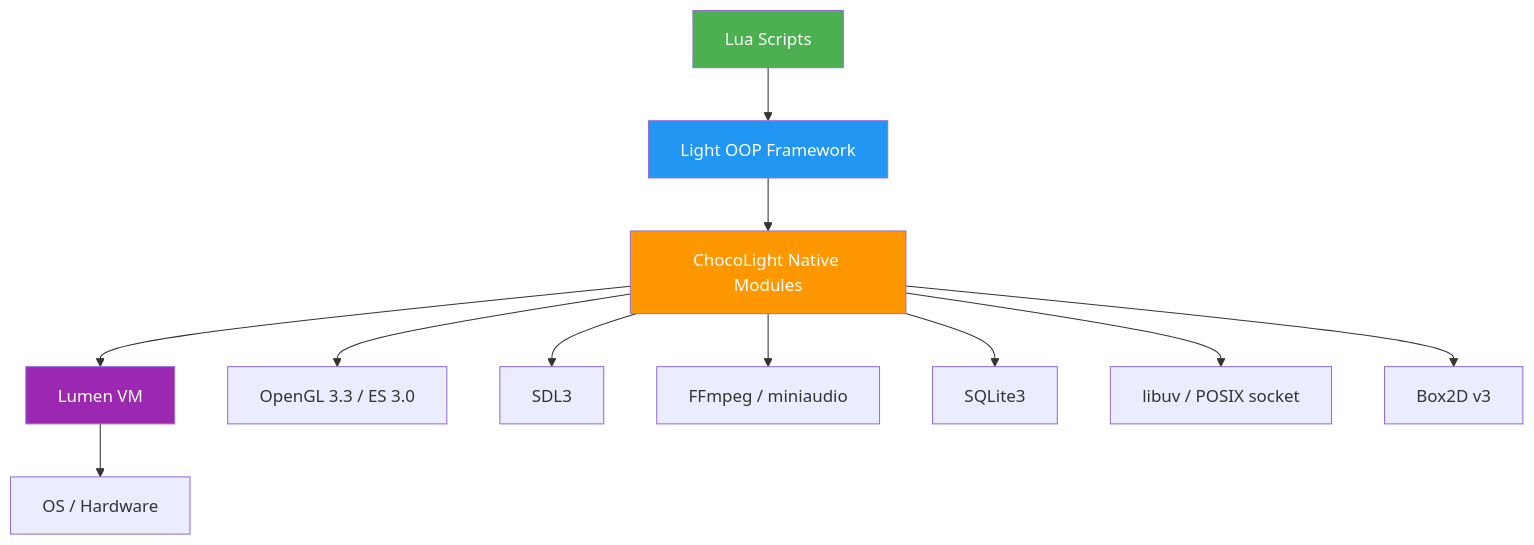
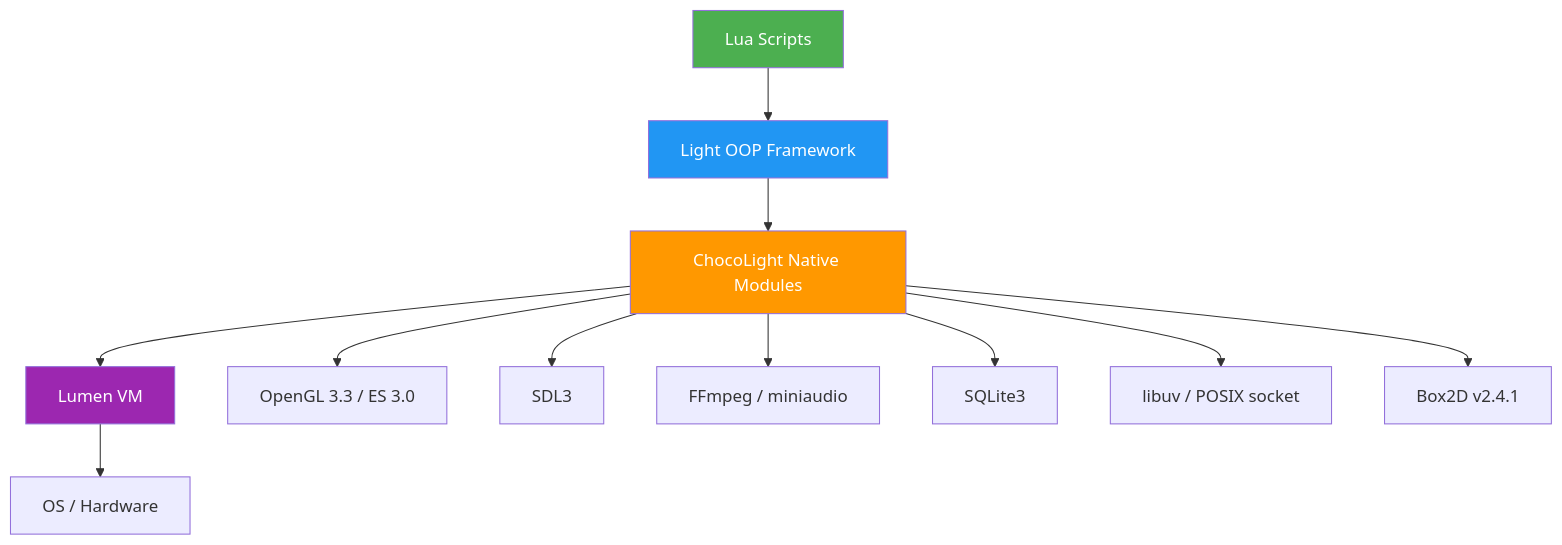
One commit to futzhj/ChocoLightEngine changed the first of 2 diagrams in ENGINE_EVALUATION.md. Above: the diagram before and after it, drawn with Mermaid. The commit also changed other lines of this file and 10 other files, not shown here.

````diff
--- a/ENGINE_EVALUATION.md
+++ b/ENGINE_EVALUATION.md
@@ -23,19 +23,19 @@
 ```mermaid
 graph TD
     A[Lua Scripts] --> B[Light OOP Framework]
     B --> C[ChocoLight Native Modules]
     C --> D[Lumen VM]
     D --> E[OS / Hardware]
     
     C --> F[OpenGL 3.3 / ES 3.0]
     C --> G[SDL3]
     C --> H[FFmpeg / miniaudio]
     C --> I[SQLite3]
     C --> J[libuv / POSIX socket]
-    C --> K[Box2D v3]
+    C --> K[Box2D v2.4.1]
     
     style A fill:#4CAF50,color:#fff
     style B fill:#2196F3,color:#fff
     style C fill:#FF9800,color:#fff
     style D fill:#9C27B0,color:#fff
 ```
````
